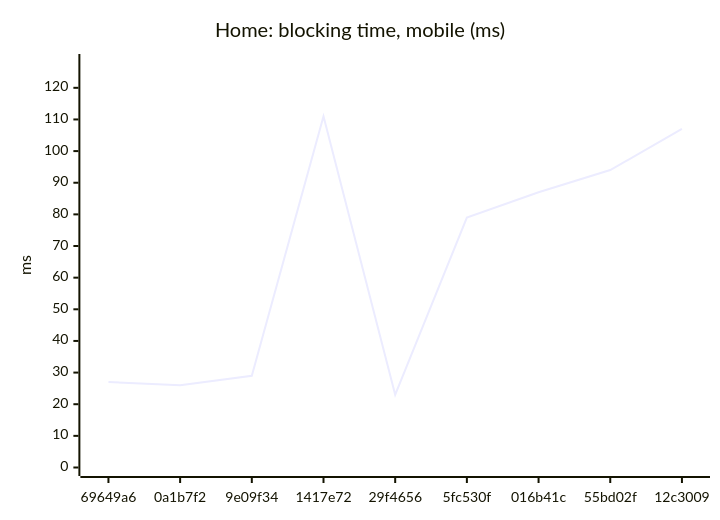
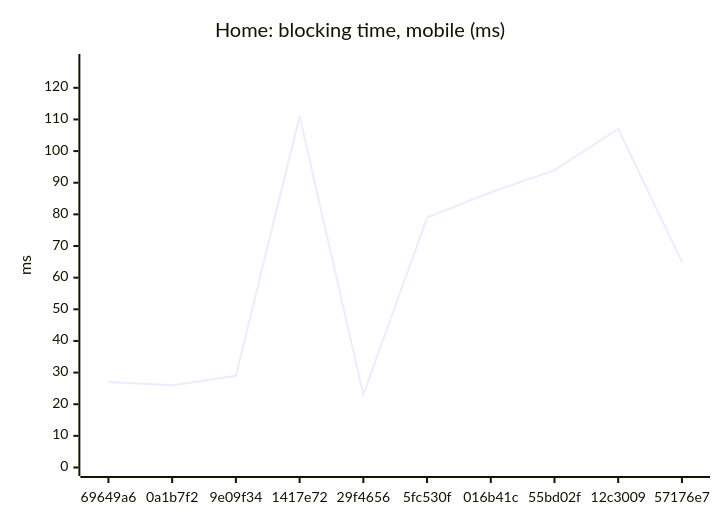
The second of 18 diagrams in README.md (AxelUser/maltsev.space), drawn with Mermaid before and after one commit. The commit also changed other lines of this file and 1 other file, not shown here.

````diff
--- a/README.md
+++ b/README.md
@@ -43,7 +43,7 @@
 ```mermaid
 xychart-beta
   title "Home: blocking time, mobile (ms)"
-  x-axis ["69649a6", "0a1b7f2", "9e09f34", "1417e72", "29f4656", "5fc530f", "016b41c", "55bd02f", "12c3009"]
+  x-axis ["69649a6", "0a1b7f2", "9e09f34", "1417e72", "29f4656", "5fc530f", "016b41c", "55bd02f", "12c3009", "57176e7"]
   y-axis "ms" 0 --> 128
-  line [27, 26, 29, 111, 23, 79, 87, 94, 107]
+  line [27, 26, 29, 111, 23, 79, 87, 94, 107, 65]
 ```
````
